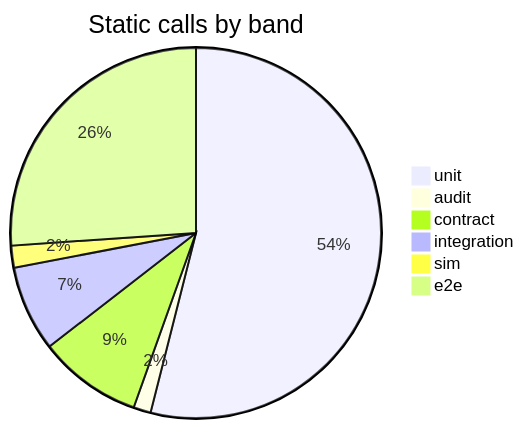
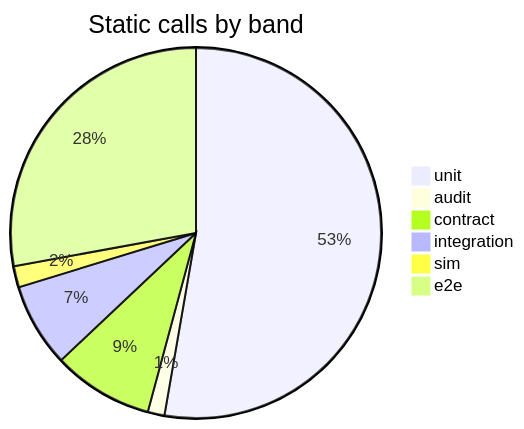
One commit to recferret-bit/freightchain changed the first of 3 diagrams in README.md. Above: the diagram before and after it, drawn with Mermaid. The commit also changed other lines of this file and 2 other files, not shown here.

````diff
--- a/README.md
+++ b/README.md
@@ -91,9 +91,9 @@
 ```mermaid
 pie title Static calls by band
-    "unit" : 1067
+    "unit" : 1082
     "audit" : 30
-    "contract" : 179
-    "integration" : 148
+    "contract" : 180
+    "integration" : 150
     "sim" : 38
-    "e2e" : 516
+    "e2e" : 572
 ```
````
